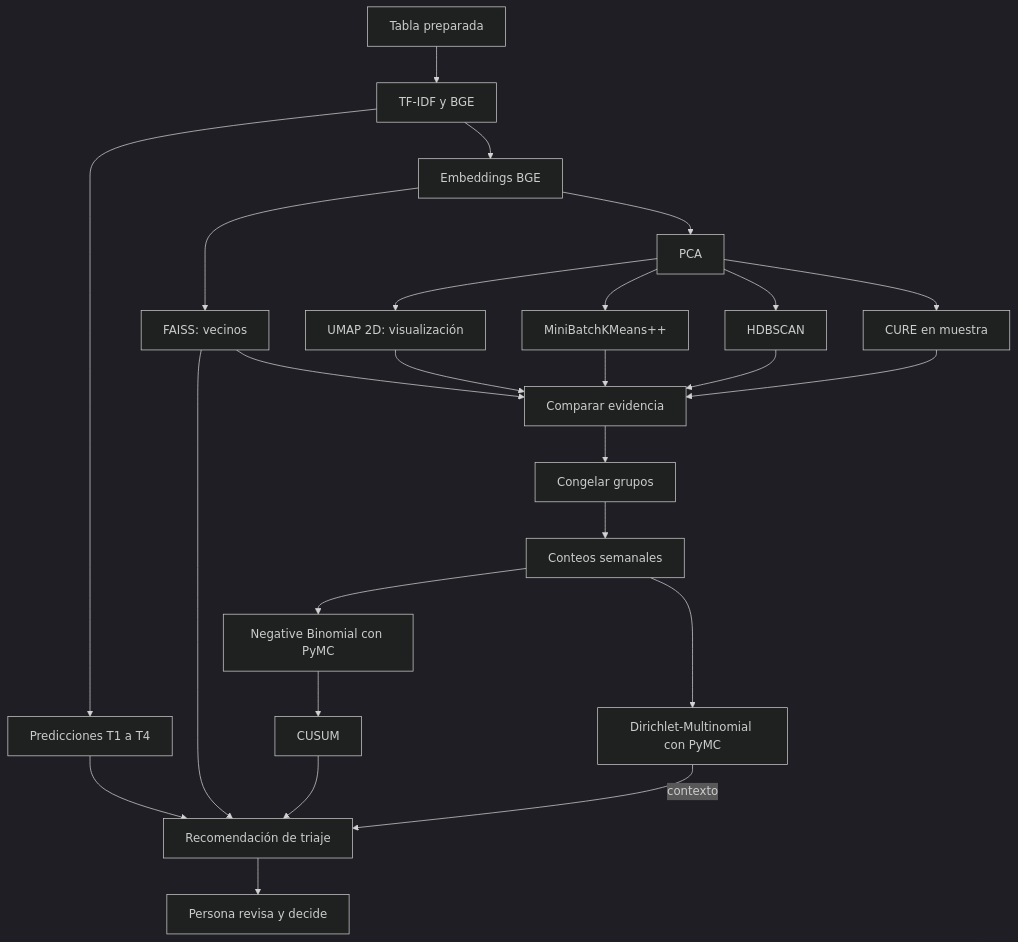
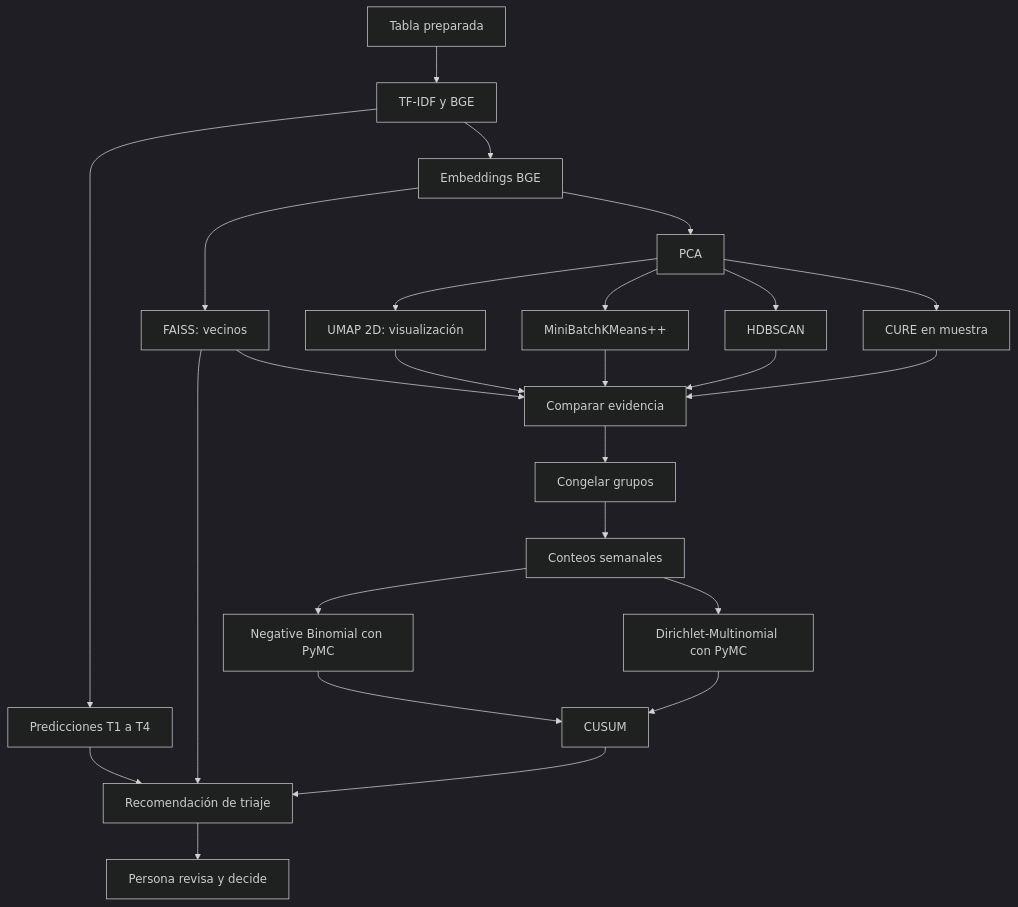
The diagram in README.md (Codenid/capstone-claims-triage), drawn with Mermaid (dark theme) before and after one commit. The commit also changed other lines of this file and 37 other files, not shown here.

````diff
--- a/README.md
+++ b/README.md
@@ -743,31 +711,31 @@
 ```mermaid
 flowchart TD
     A[Tabla preparada] --> B[TF-IDF y BGE]
     B --> C[Predicciones T1 a T4]
     B --> D[Embeddings BGE]
 
     D --> E[FAISS: vecinos]
     D --> F[PCA]
     F --> G[UMAP 2D: visualización]
     F --> H[MiniBatchKMeans++]
     F --> I[HDBSCAN]
     F --> J[CURE en muestra]
 
     E --> K[Comparar evidencia]
     G --> K
     H --> K
     I --> K
     J --> K
 
     K --> L[Congelar grupos]
     L --> M[Conteos semanales]
     M --> N[Negative Binomial con PyMC]
     M --> O[Dirichlet-Multinomial con PyMC]
     N --> P[CUSUM]
+    O --> P
 
     C --> Q[Recomendación de triaje]
     E --> Q
     P --> Q
-    O -->|contexto| Q
     Q --> R[Persona revisa y decide]
 ```
````
